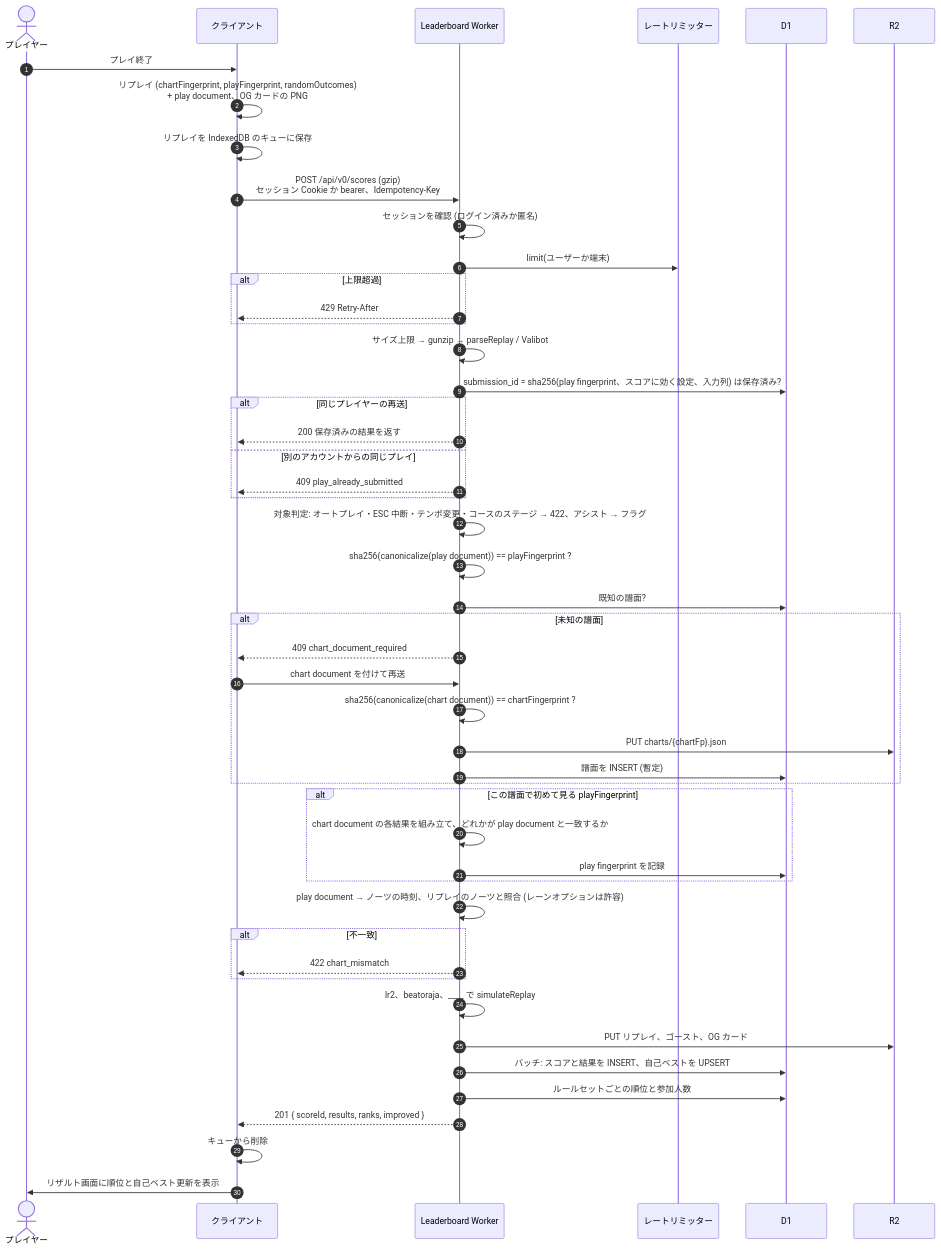
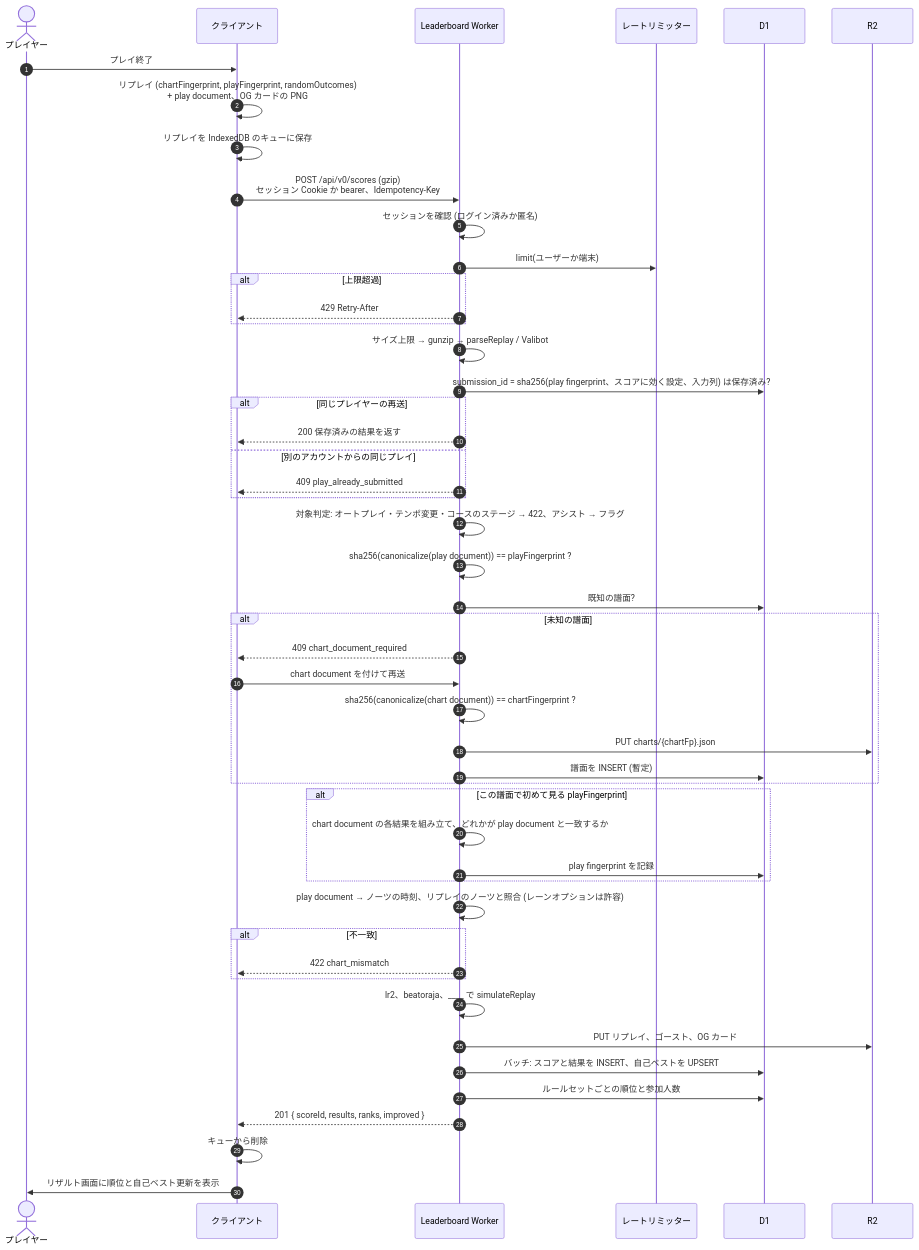
Before and after one commit to nulltask/be-music: the second of 4 diagrams in docs/leaderboard.ja.md, drawn with Mermaid. The commit also changed other lines of this file and 5 other files, not shown here.

````diff
--- a/docs/leaderboard.ja.md
+++ b/docs/leaderboard.ja.md
@@ -130,52 +130,52 @@
 ```mermaid
 sequenceDiagram
     autonumber
     actor P as プレイヤー
     participant C as クライアント
     participant A as Leaderboard Worker
     participant RL as レートリミッター
     participant D as D1
     participant R as R2
 
     P->>C: プレイ終了
     C->>C: リプレイ (chartFingerprint, playFingerprint, randomOutcomes)<br/>+ play document、OG カードの PNG
     C->>C: リプレイを IndexedDB のキューに保存
     C->>A: POST /api/v0/scores (gzip)<br/>セッション Cookie か bearer、Idempotency-Key
     A->>A: セッションを確認 (ログイン済みか匿名)
     A->>RL: limit(ユーザーか端末)
     alt 上限超過
         A-->>C: 429 Retry-After
     end
     A->>A: サイズ上限 → gunzip → parseReplay / Valibot
     A->>D: submission_id = sha256(play fingerprint、スコアに効く設定、入力列) は保存済み?
     alt 同じプレイヤーの再送
         A-->>C: 200 保存済みの結果を返す
     else 別のアカウントからの同じプレイ
         A-->>C: 409 play_already_submitted
     end
-    A->>A: 対象判定: オートプレイ・ESC 中断・テンポ変更・コースのステージ → 422、アシスト → フラグ
+    A->>A: 対象判定: オートプレイ・テンポ変更・コースのステージ → 422、アシスト → フラグ
     A->>A: sha256(canonicalize(play document)) == playFingerprint ?
     A->>D: 既知の譜面?
     alt 未知の譜面
         A-->>C: 409 chart_document_required
         C->>A: chart document を付けて再送
         A->>A: sha256(canonicalize(chart document)) == chartFingerprint ?
         A->>R: PUT charts/{chartFp}.json
         A->>D: 譜面を INSERT (暫定)
     end
     alt この譜面で初めて見る playFingerprint
         A->>A: chart document の各結果を組み立て、どれかが play document と一致するか
         A->>D: play fingerprint を記録
     end
     A->>A: play document → ノーツの時刻、リプレイのノーツと照合 (レーンオプションは許容)
     alt 不一致
         A-->>C: 422 chart_mismatch
     end
     A->>A: lr2、beatoraja、____ で simulateReplay
     A->>R: PUT リプレイ、ゴースト、OG カード
     A->>D: バッチ: スコアと結果を INSERT、自己ベストを UPSERT
     A->>D: ルールセットごとの順位と参加人数
     A-->>C: 201 { scoreId, results, ranks, improved }
     C->>C: キューから削除
     C->>P: リザルト画面に順位と自己ベスト更新を表示
 ```
````
